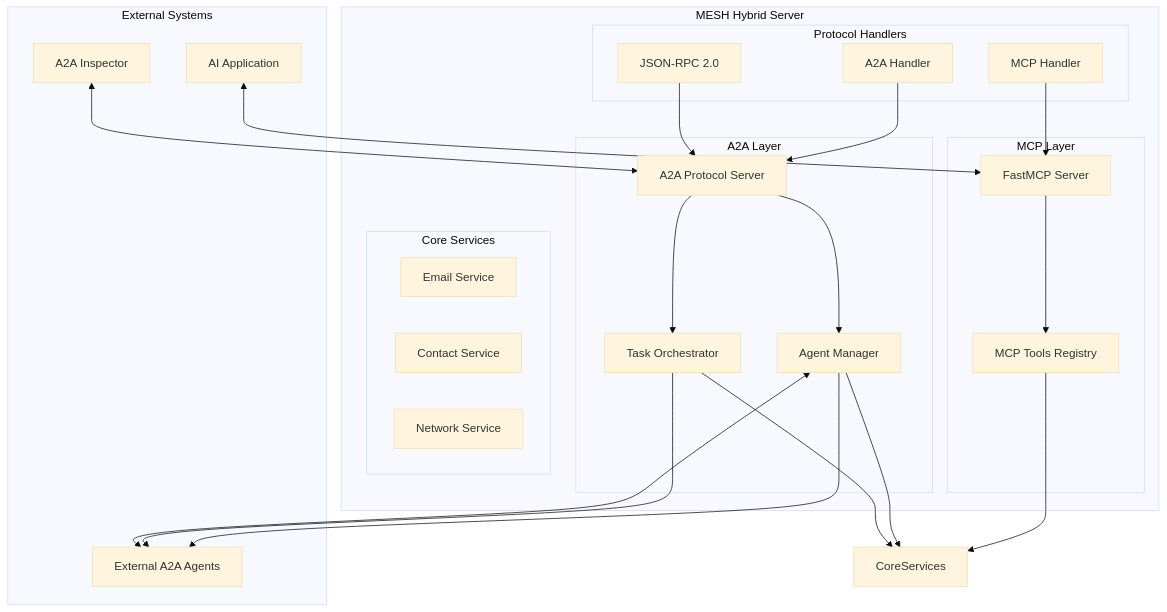
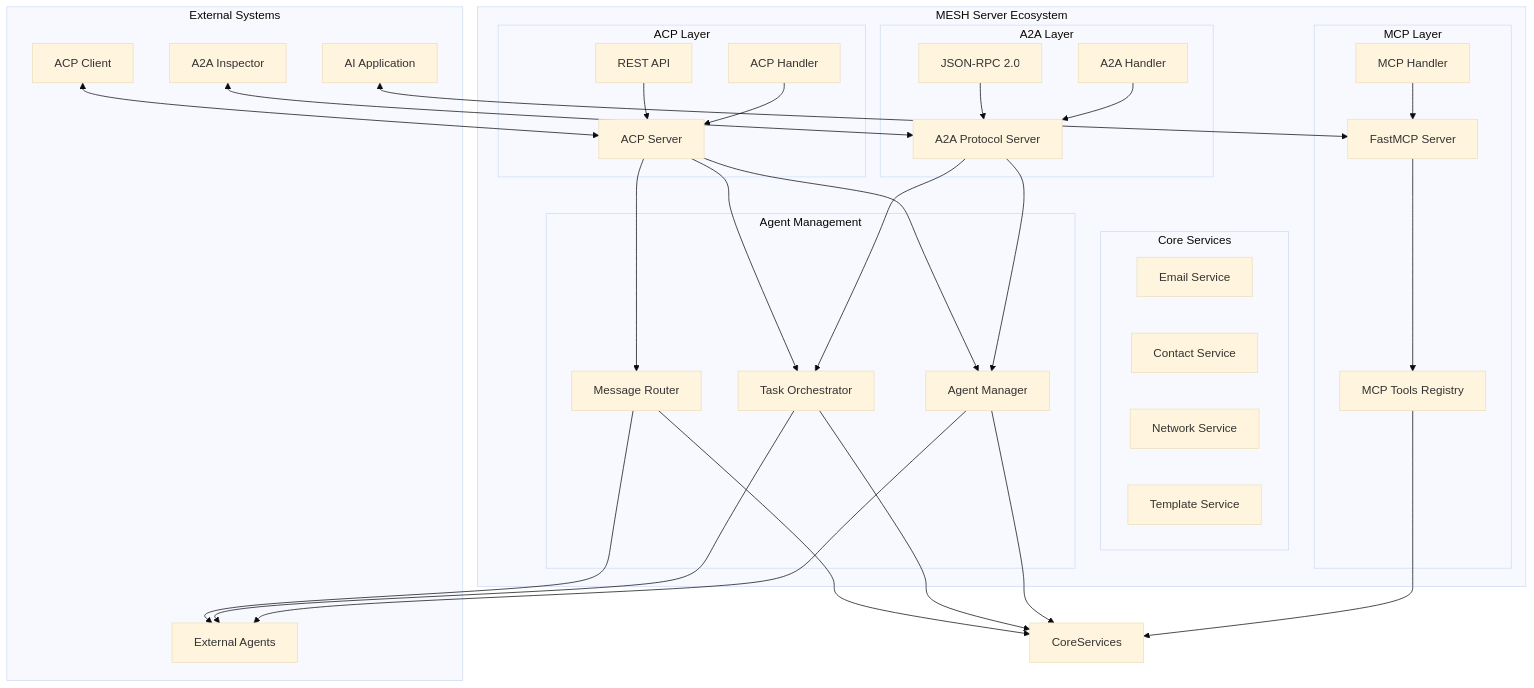
Before and after one commit to vishalm/agentic-protocol-demos: the fourth of 5 diagrams in README.md, drawn with Mermaid (base theme). The commit also changed other lines of this file, not shown here.

Commit message:
Enhanced MCP Mermaid diagrams with ACP integration and complete architecture overview

````diff
--- a/README.md
+++ b/README.md
@@ -419,52 +448,75 @@
 ```mermaid
 graph TB
-    subgraph "MESH Hybrid Server"
+    subgraph "MESH Server Ecosystem"
         subgraph "MCP Layer"
             MCP[FastMCP Server]
             MCPTools[MCP Tools Registry]
+            MCPHandler[MCP Handler]
         end
         
         subgraph "A2A Layer"
             A2AServer[A2A Protocol Server]
-            AgentManager[Agent Manager]
-            TaskOrchestrator[Task Orchestrator]
+            A2AHandler[A2A Handler]
+            JSONRPC[JSON-RPC 2.0]
+        end
+        
+        subgraph "ACP Layer"
+            ACPServer[ACP Server]
+            ACPHandler[ACP Handler]
+            RESTAPI[REST API]
         end
         
         subgraph "Core Services"
             EmailService[Email Service]
             ContactService[Contact Service]
             NetworkService[Network Service]
+            TemplateService[Template Service]
         end
         
-        subgraph "Protocol Handlers"
-            MCPHandler[MCP Handler]
-            A2AHandler[A2A Handler]
-            JSONRPC[JSON-RPC 2.0]
+        subgraph "Agent Management"
+            AgentManager[Agent Manager]
+            TaskOrchestrator[Task Orchestrator]
+            MessageRouter[Message Router]
         end
     end
     
     subgraph "External Systems"
         AIApp[AI Application]
         A2AInspector[A2A Inspector]
-        ExternalAgents[External A2A Agents]
+        ACPClient[ACP Client]
+        ExternalAgents[External Agents]
     end
     
+    %% MCP Connections
     AIApp <--> MCP
+    MCP --> MCPTools
+    MCPTools --> CoreServices
+    
+    %% A2A Connections
     A2AInspector <--> A2AServer
-    ExternalAgents <--> AgentManager
-    
-    MCP --> MCPTools
     A2AServer --> AgentManager
     A2AServer --> TaskOrchestrator
     
+    %% ACP Connections
+    ACPClient <--> ACPServer
+    ACPServer --> AgentManager
+    ACPServer --> TaskOrchestrator
+    ACPServer --> MessageRouter
+    
+    %% Cross-Protocol Integration
     AgentManager --> ExternalAgents
     TaskOrchestrator --> ExternalAgents
+    MessageRouter --> ExternalAgents
     
-    MCPTools --> CoreServices
+    %% Service Integration
     AgentManager --> CoreServices
     TaskOrchestrator --> CoreServices
+    MessageRouter --> CoreServices
     
+    %% Protocol Handlers
     MCPHandler --> MCP
     A2AHandler --> A2AServer
+    ACPHandler --> ACPServer
+    RESTAPI --> ACPServer
     JSONRPC --> A2AServer
 ```
````
